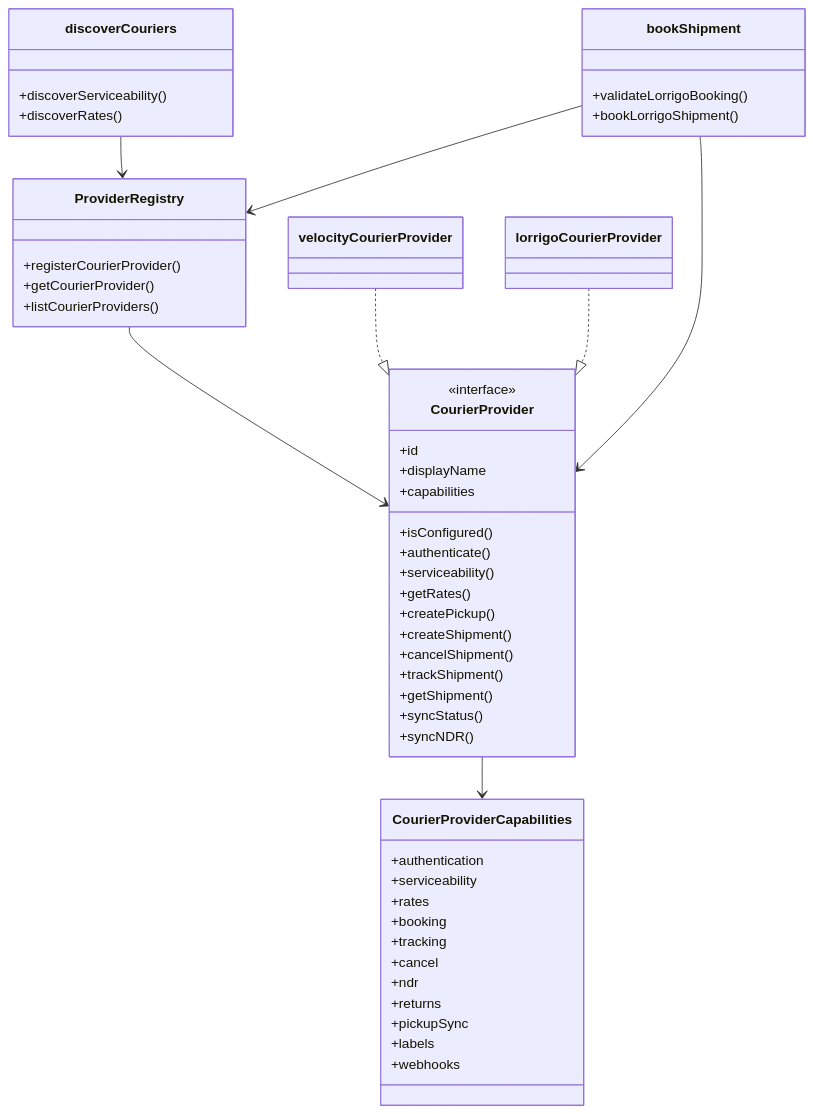
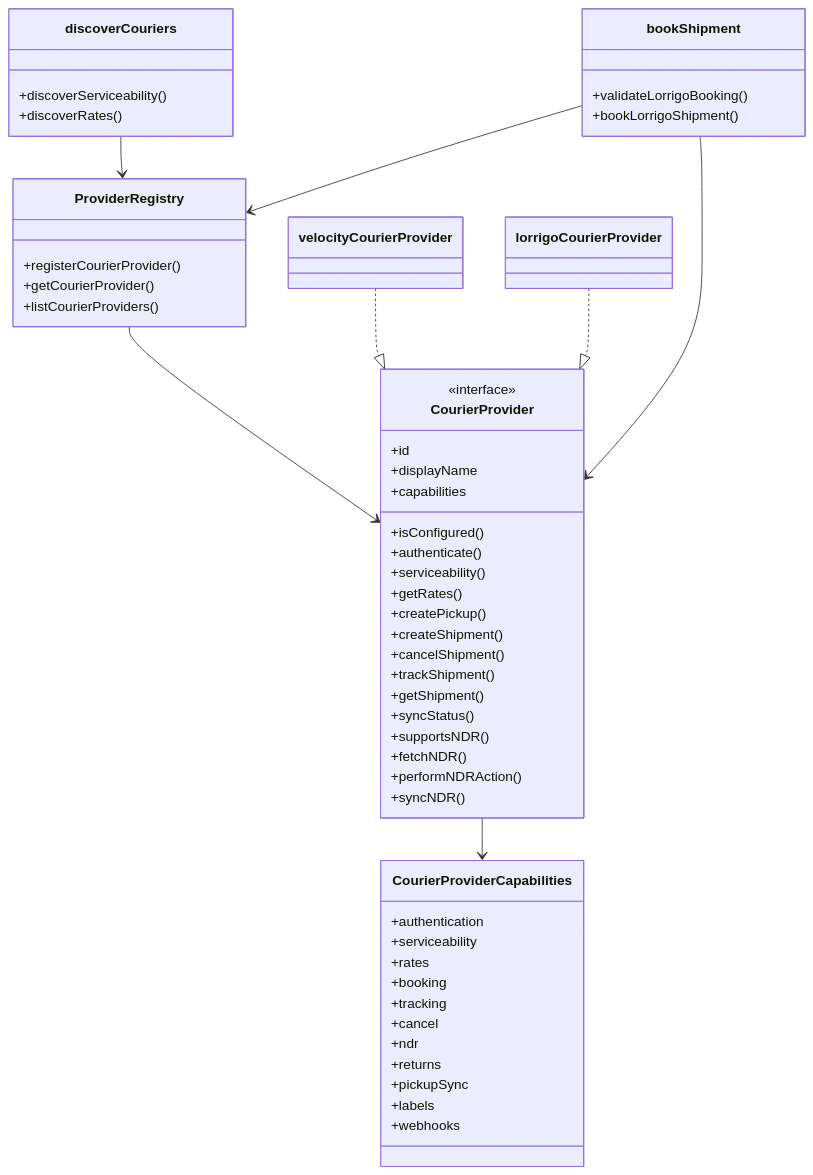
One commit to sarveshreee/ShipAmaze changed the second of 2 diagrams in docs/multi-provider-architecture.md. Above: the diagram before and after it, drawn with Mermaid. The commit also changed 28 other files, not shown here.

First line of the commit message:
feat: add multi-provider NDR sync, actions, and timeline

````diff
--- a/docs/multi-provider-architecture.md
+++ b/docs/multi-provider-architecture.md
@@ -40,61 +40,64 @@
 ```mermaid
 classDiagram
   class CourierProvider {
     <<interface>>
     +id
     +displayName
     +capabilities
     +isConfigured()
     +authenticate()
     +serviceability()
     +getRates()
     +createPickup()
     +createShipment()
     +cancelShipment()
     +trackShipment()
     +getShipment()
     +syncStatus()
+    +supportsNDR()
+    +fetchNDR()
+    +performNDRAction()
     +syncNDR()
   }
 
   class CourierProviderCapabilities {
     +authentication
     +serviceability
     +rates
     +booking
     +tracking
     +cancel
     +ndr
     +returns
     +pickupSync
     +labels
     +webhooks
   }
 
   class ProviderRegistry {
     +registerCourierProvider()
     +getCourierProvider()
     +listCourierProviders()
   }
 
   class discoverCouriers {
     +discoverServiceability()
     +discoverRates()
   }
 
   class bookShipment {
     +validateLorrigoBooking()
     +bookLorrigoShipment()
   }
 
   class velocityCourierProvider
   class lorrigoCourierProvider
 
   CourierProvider --> CourierProviderCapabilities
   ProviderRegistry --> CourierProvider
   velocityCourierProvider ..|> CourierProvider
   lorrigoCourierProvider ..|> CourierProvider
   discoverCouriers --> ProviderRegistry
   bookShipment --> ProviderRegistry
   bookShipment --> CourierProvider
 ```
````
